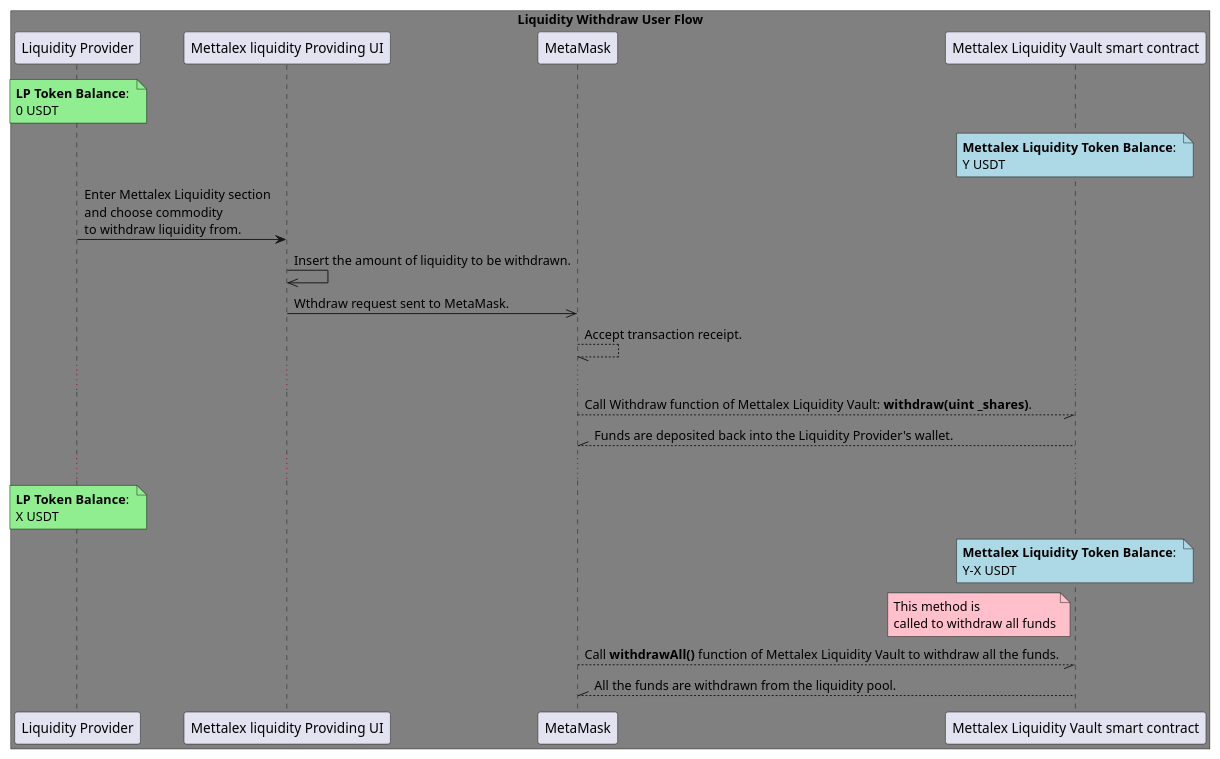
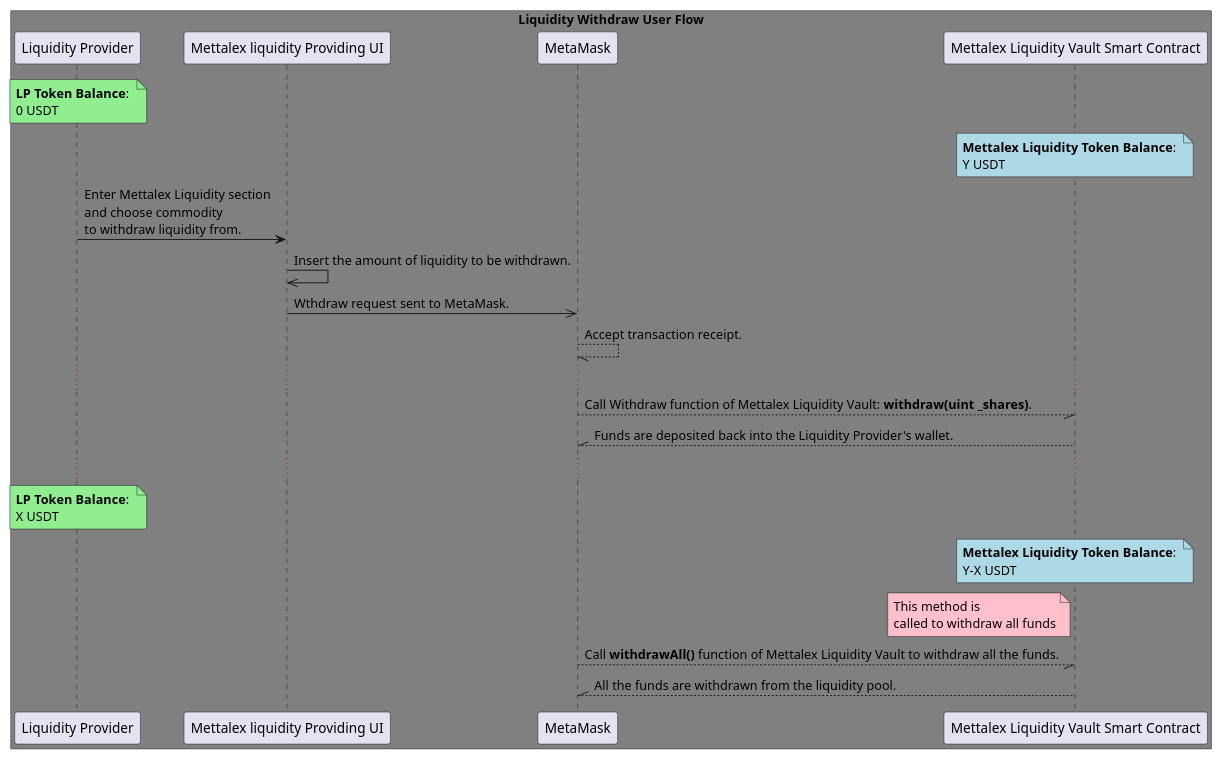
The diagram in PlantUML and png diagrams/Withdraw APIs.puml (fetchai/mettalex-documentation), drawn with PlantUML before and after one commit.

Commit message:
PlantUML Diagrams

```diff
--- a/PlantUML and png diagrams/Withdraw APIs.puml
+++ b/PlantUML and png diagrams/Withdraw APIs.puml
@@ -1,32 +1,32 @@
 @startuml
 
 box "Liquidity Withdraw User Flow" #grey
 participant "Liquidity Provider" as LP
 participant "Mettalex liquidity Providing UI" as LPUI
 participant "MetaMask" as MM
-participant "Mettalex Liquidity Vault smart contract" as LVSM
+participant "Mettalex Liquidity Vault Smart Contract" as LVSM
 
 end box
 
 note over LP #lightgreen: **LP Token Balance**: \n0 USDT
 note over LVSM #lightblue: **Mettalex Liquidity Token Balance**: \nY USDT
 
 LP -> LPUI: Enter Mettalex Liquidity section\nand choose commodity\nto withdraw liquidity from.
 LPUI ->> LPUI: Insert the amount of liquidity to be withdrawn.
 LPUI ->> MM: Wthdraw request sent to MetaMask.
 MM --// MM: Accept transaction receipt.
 ...
 MM --// LVSM: Call Withdraw function of Mettalex Liquidity Vault: **withdraw(uint _shares)**.
 LVSM --\\ MM: Funds are deposited back into the Liquidity Provider's wallet.
 ...
 
 note over LP #lightgreen: **LP Token Balance**: \nX USDT
 note over LVSM #lightblue: **Mettalex Liquidity Token Balance**: \nY-X USDT
 
 
 note left of LVSM #pink: This method is\ncalled to withdraw all funds
 MM --// LVSM: Call **withdrawAll()** function of Mettalex Liquidity Vault to withdraw all the funds.
 LVSM --\\ MM: All the funds are withdrawn from the liquidity pool.
 
 
 @enduml
```
